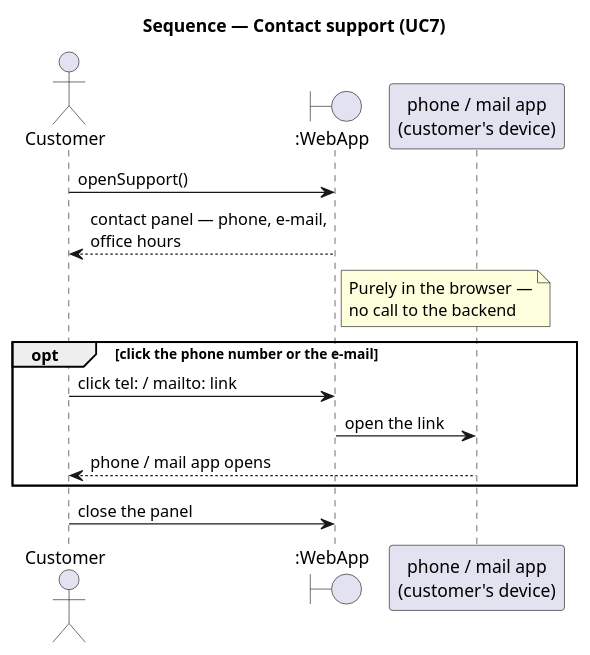
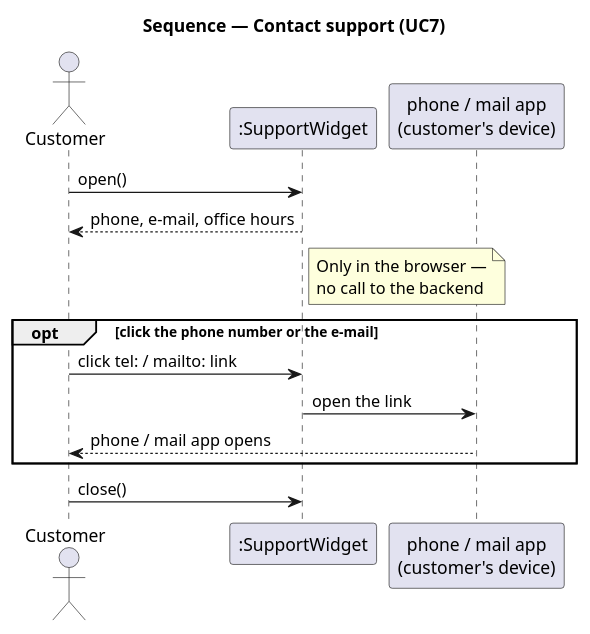
The diagram in docs/diagrams/sequence-contact-support.puml (DavidMagyarics/CarRentalVSB), drawn with PlantUML before and after one commit. The commit also changed 13 other files, not shown here.

Commit message:
docs: draw the sequence diagrams in the lecture style, with the domain objects as the main participants

```diff
--- a/docs/diagrams/sequence-contact-support.puml
+++ b/docs/diagrams/sequence-contact-support.puml
@@ -1,24 +1,24 @@
 @startuml sequence-contact-support
 skinparam backgroundColor white
 skinparam responseMessageBelowArrow true
 skinparam maxMessageSize 260
 title Sequence — Contact support (UC7)
 actor Customer
-boundary ":WebApp" as Web
+participant ":SupportWidget" as W
 participant "phone / mail app\n(customer's device)" as Device
 
-Customer -> Web : openSupport()
-Web --> Customer : contact panel — phone, e-mail,\noffice hours
-note right of Web
-  Purely in the browser —
+Customer -> W : open()
+W --> Customer : phone, e-mail, office hours
+note right of W
+  Only in the browser —
   no call to the backend
 end note
 
 opt click the phone number or the e-mail
-  Customer -> Web : click tel: / mailto: link
-  Web -> Device : open the link
+  Customer -> W : click tel: / mailto: link
+  W -> Device : open the link
   Device --> Customer : phone / mail app opens
 end
 
-Customer -> Web : close the panel
+Customer -> W : close()
 @enduml
```
